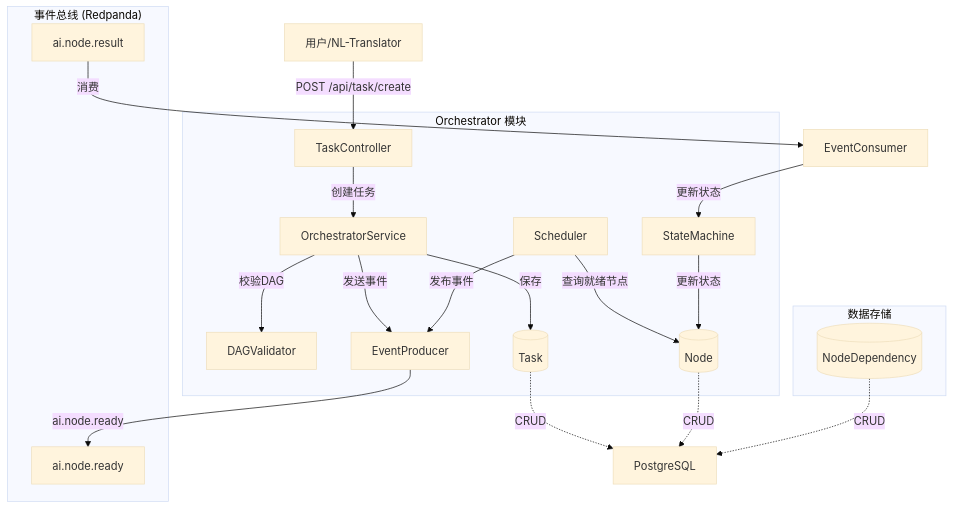
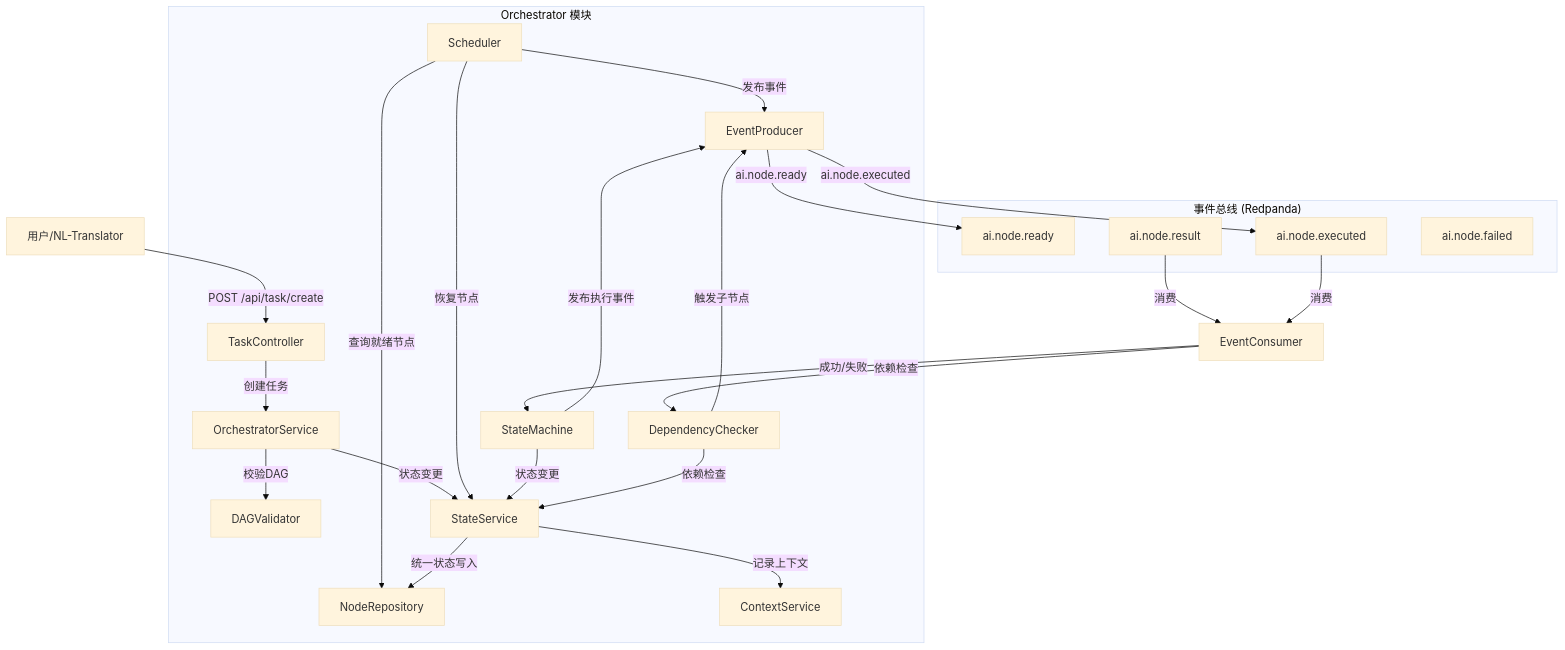
Before and after one commit to SUSTechWLA/lingxi-ai-operation-system: the first of 2 diagrams in docs/guides/ORCHESTRATOR_GUIDE.md, drawn with Mermaid (base theme). The commit also changed other lines of this file and 41 other files, not shown here.

````diff
--- a/docs/guides/ORCHESTRATOR_GUIDE.md
+++ b/docs/guides/ORCHESTRATOR_GUIDE.md
@@ -33,33 +48,33 @@
 ```mermaid
 graph TB
     User[用户/NL-Translator] -->|"POST /api/task/create"| TaskController
 
     subgraph "Orchestrator 模块"
         TaskController -->|创建任务| OrchestratorService
         OrchestratorService -->|校验DAG| DAGValidator
-        OrchestratorService -->|保存| TaskRepository
-        OrchestratorService -->|发送事件| EventProducer
+        OrchestratorService -->|状态变更| StateService
         Scheduler -->|查询就绪节点| NodeRepository
+        Scheduler -->|恢复节点| StateService
         Scheduler -->|发布事件| EventProducer
-        StateMachine -->|更新状态| NodeRepository
+        StateMachine -->|状态变更| StateService
+        StateMachine -->|发布执行事件| EventProducer
+        DependencyChecker -->|依赖检查| StateService
+        DependencyChecker -->|触发子节点| EventProducer
+        StateService -->|统一状态写入| NodeRepository
+        StateService -->|记录上下文| ContextService
     end
 
     subgraph "事件总线 (Redpanda)"
         Topic_NodeReady["ai.node.ready"]
         Topic_NodeResult["ai.node.result"]
-    end
-
-    subgraph "数据存储"
-        TaskRepository[(Task)]
-        NodeRepository[(Node)]
-        NodeDependencyRepository[(NodeDependency)]
+        Topic_NodeExecuted["ai.node.executed"]
+        Topic_NodeFailed["ai.node.failed"]
     end
 
     EventProducer -->|"ai.node.ready"| Topic_NodeReady
+    EventProducer -->|"ai.node.executed"| Topic_NodeExecuted
     Topic_NodeResult -->|消费| EventConsumer
-    EventConsumer -->|更新状态| StateMachine
-
-    TaskRepository -.->|"CRUD"| PostgreSQL
-    NodeRepository -.->|"CRUD"| PostgreSQL
-    NodeDependencyRepository -.->|"CRUD"| PostgreSQL
+    Topic_NodeExecuted -->|消费| EventConsumer
+    EventConsumer -->|成功/失败| StateMachine
+    EventConsumer -->|依赖检查| DependencyChecker
 ```
````
